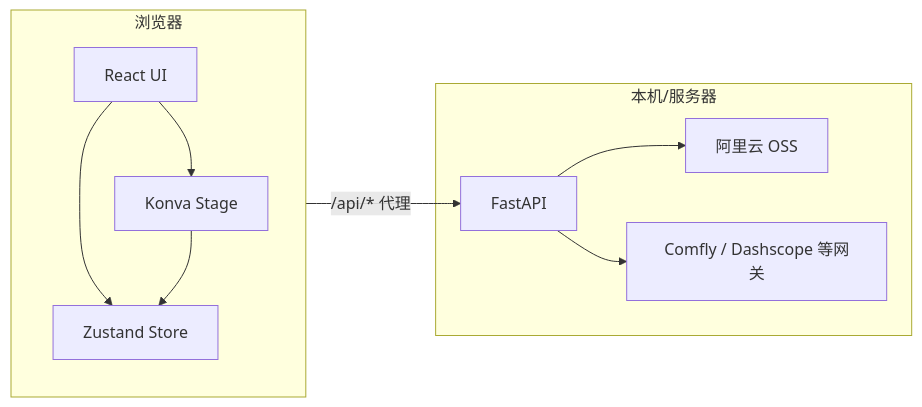
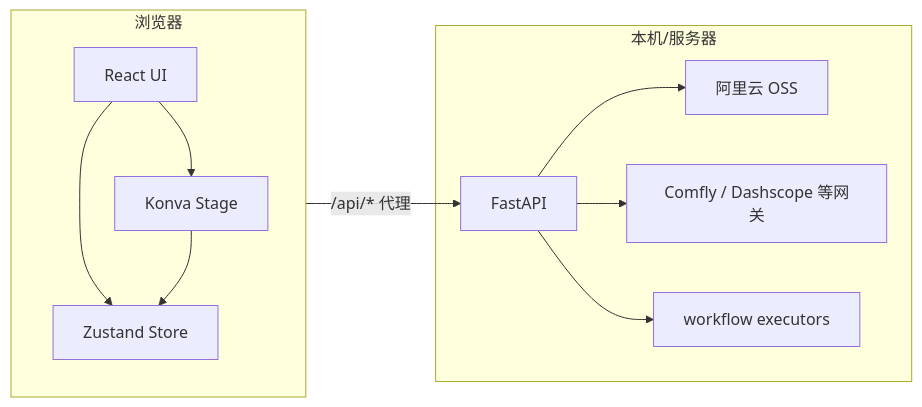
One commit to chenjialin555/ai-canvas changed the first of 11 diagrams in doc/PROJECT_ARCHITECTURE.md. Above: the diagram before and after it, drawn with Mermaid. The commit also changed other lines of this file and 29 other files, not shown here.

````diff
--- a/doc/PROJECT_ARCHITECTURE.md
+++ b/doc/PROJECT_ARCHITECTURE.md
@@ -38,19 +39,21 @@
 ```mermaid
 flowchart LR
   subgraph browser["浏览器"]
     React["React UI"]
     Konva["Konva Stage"]
     Zustand["Zustand Store"]
     React --> Konva
     React --> Zustand
     Konva --> Zustand
   end
   subgraph server["本机/服务器"]
     FastAPI["FastAPI"]
     OSS["阿里云 OSS"]
     GW["Comfly / Dashscope 等网关"]
+    WF["workflow executors"]
   end
   browser -->|"/api/* 代理"| FastAPI
   FastAPI --> OSS
   FastAPI --> GW
+  FastAPI --> WF
 ```
````
